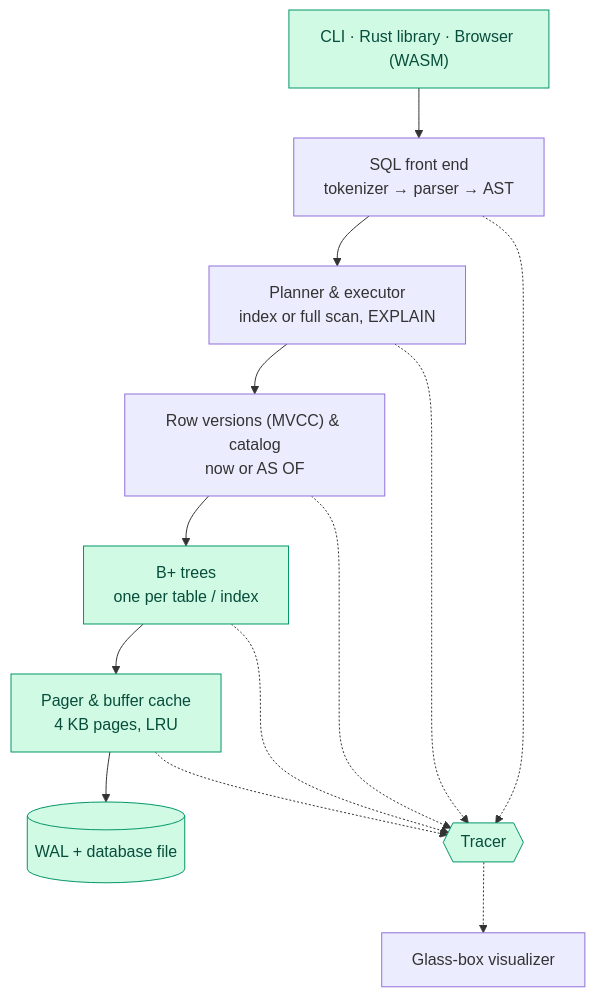
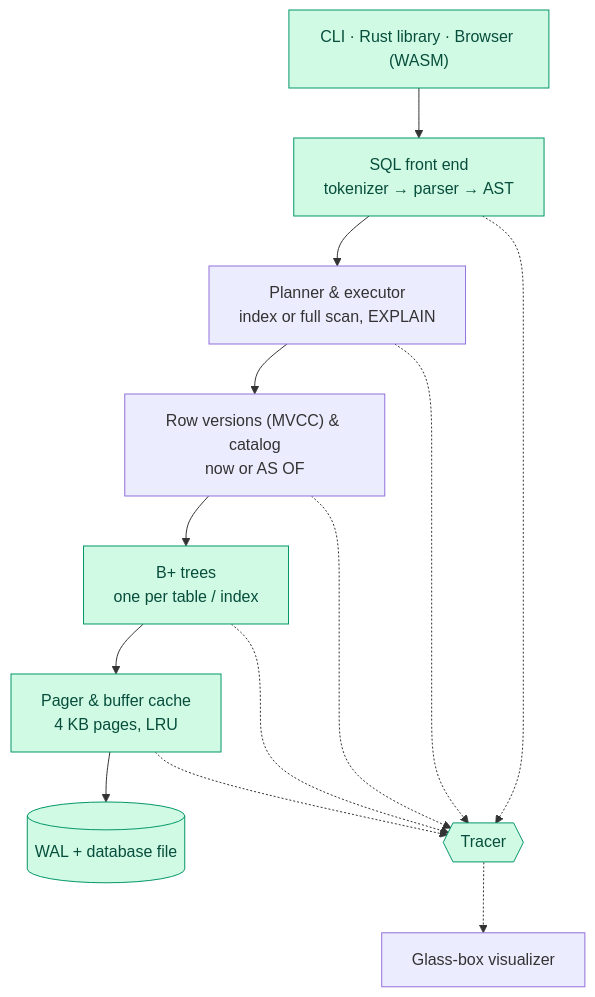
Before and after one commit to deepsikhabrahma17-sudo/glassdb: the diagram in README.md, drawn with Mermaid. The commit also changed other lines of this file and 31 other files, not shown here.

````diff
--- a/README.md
+++ b/README.md
@@ -118,19 +135,19 @@
 ```mermaid
 flowchart TD
     UI["CLI · Rust library · Browser (WASM)"] --> SQL["SQL front end<br/>tokenizer → parser → AST"]
     SQL --> PLAN["Planner & executor<br/>index or full scan, EXPLAIN"]
     PLAN --> MVCC["Row versions (MVCC) & catalog<br/>now or AS OF"]
     MVCC --> BTREE["B+ trees<br/>one per table / index"]
     BTREE --> PAGER["Pager & buffer cache<br/>4 KB pages, LRU"]
     PAGER --> DISK[("WAL + database file")]
 
     SQL -.-> TRACE{{Tracer}}
     PLAN -.-> TRACE
     MVCC -.-> TRACE
     BTREE -.-> TRACE
     PAGER -.-> TRACE
     TRACE -.-> VIZ["Glass-box visualizer"]
 
     classDef done fill:#d1fae5,stroke:#059669,color:#064e3b
-    class BTREE,PAGER,DISK,UI,TRACE done
+    class SQL,BTREE,PAGER,DISK,UI,TRACE done
 ```
````
